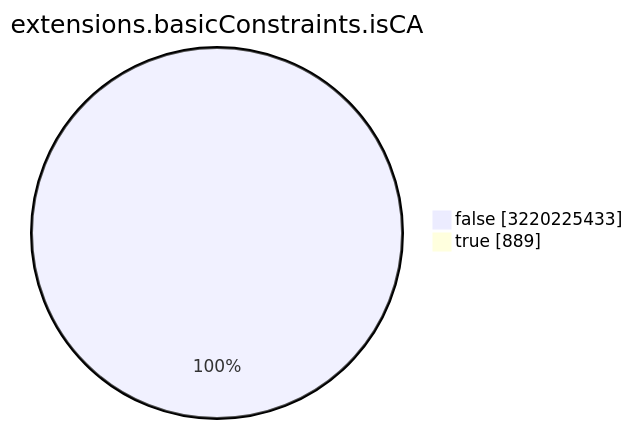
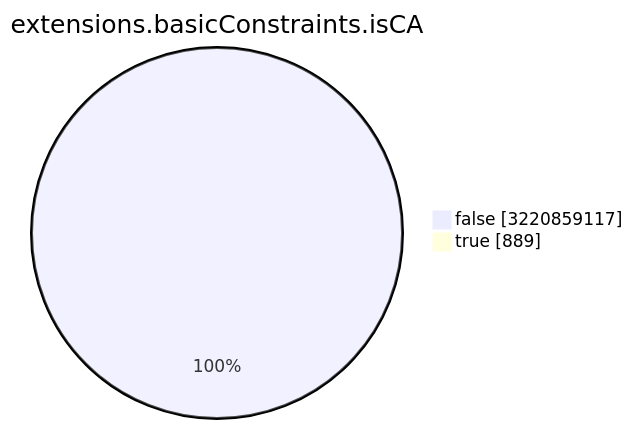
The seventh of 15 diagrams in TOTAL/README.md (christiankrug/ctmonitor_visualization), drawn with Mermaid before and after one commit. The commit also changed other lines of this file, not shown here.

````diff
--- a/TOTAL/README.md
+++ b/TOTAL/README.md
@@ -3088,6 +3088,6 @@
 ```mermaid
 pie showData
 title extensions.basicConstraints.isCA
-"false" :3220225433
+"false" :3220859117
 "true" :889
 ```
````
